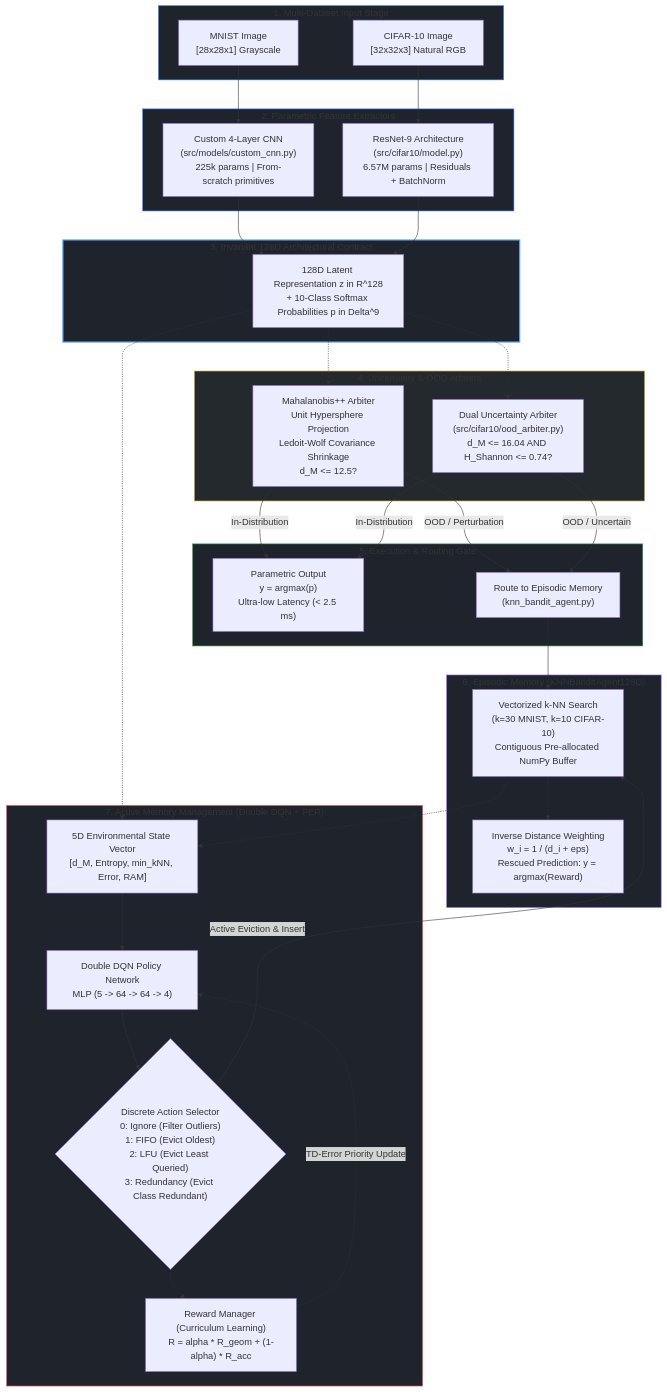
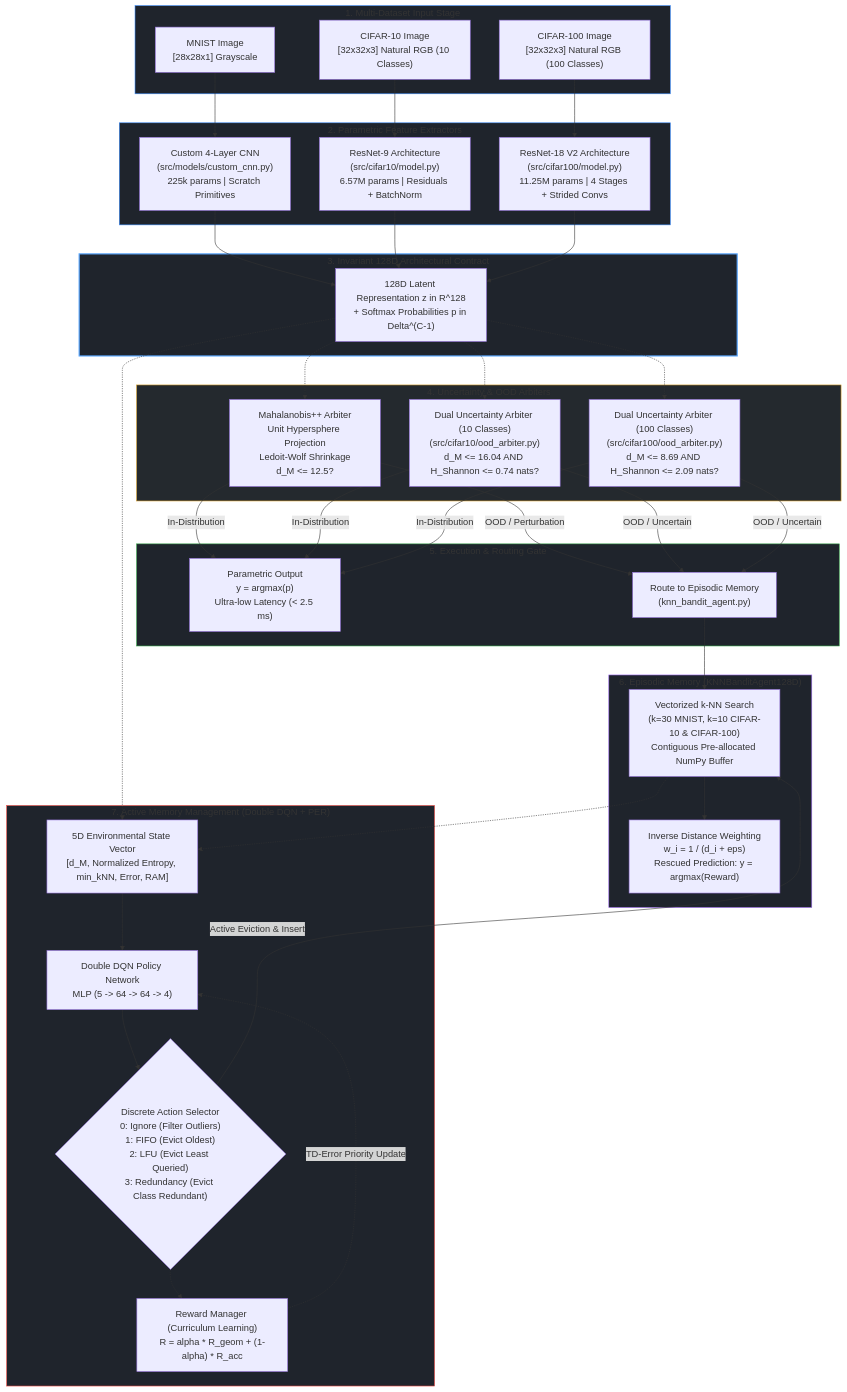
The diagram in docs/architecture/README.md (Santiago-1211173/projeto-cnn), drawn with Mermaid before and after one commit. The commit also changed other lines of this file and 18 other files, not shown here.

Commit message:
docs: add comprehensive documentation and architecture guides for CIFAR-100 implementation

````diff
--- a/docs/architecture/README.md
+++ b/docs/architecture/README.md
@@ -28,64 +30,72 @@
 ```mermaid
 flowchart TD
     subgraph InputStage["1. Multi-Dataset Input Stage"]
         IN_M["MNIST Image<br>[28x28x1] Grayscale"]
-        IN_C["CIFAR-10 Image<br>[32x32x3] Natural RGB"]
+        IN_C["CIFAR-10 Image<br>[32x32x3] Natural RGB (10 Classes)"]
+        IN_C100["CIFAR-100 Image<br>[32x32x3] Natural RGB (100 Classes)"]
     end
 
     subgraph ParametricBackbones["2. Parametric Feature Extractors"]
-        CNN_M["Custom 4-Layer CNN<br>(src/models/custom_cnn.py)<br>225k params | From-scratch primitives"]
+        CNN_M["Custom 4-Layer CNN<br>(src/models/custom_cnn.py)<br>225k params | Scratch Primitives"]
         CNN_C["ResNet-9 Architecture<br>(src/cifar10/model.py)<br>6.57M params | Residuals + BatchNorm"]
+        CNN_C100["ResNet-18 V2 Architecture<br>(src/cifar100/model.py)<br>11.25M params | 4 Stages + Strided Convs"]
         IN_M --> CNN_M
         IN_C --> CNN_C
+        IN_C100 --> CNN_C100
     end
 
     subgraph LatentBottleneck["3. Invariant 128D Architectural Contract"]
-        LATENT["128D Latent Representation z in R^128<br>+ 10-Class Softmax Probabilities p in Delta^9"]
+        LATENT["128D Latent Representation z in R^128<br>+ Softmax Probabilities p in Delta^(C-1)"]
         CNN_M --> LATENT
         CNN_C --> LATENT
+        CNN_C100 --> LATENT
     end
 
     subgraph UncertaintyRouting["4. Uncertainty & OOD Arbiters"]
-        ARB_M["Mahalanobis++ Arbiter<br>Unit Hypersphere Projection<br>Ledoit-Wolf Covariance Shrinkage<br>d_M <= 12.5?"]
-        ARB_C["Dual Uncertainty Arbiter<br>(src/cifar10/ood_arbiter.py)<br>d_M <= 16.04 AND H_Shannon <= 0.74?"]
+        ARB_M["Mahalanobis++ Arbiter<br>Unit Hypersphere Projection<br>Ledoit-Wolf Shrinkage<br>d_M <= 12.5?"]
+        ARB_C["Dual Uncertainty Arbiter (10 Classes)<br>(src/cifar10/ood_arbiter.py)<br>d_M <= 16.04 AND H_Shannon <= 0.74 nats?"]
+        ARB_C100["Dual Uncertainty Arbiter (100 Classes)<br>(src/cifar100/ood_arbiter.py)<br>d_M <= 8.69 AND H_Shannon <= 2.09 nats?"]
         LATENT -.-> ARB_M
         LATENT -.-> ARB_C
+        LATENT -.-> ARB_C100
     end
 
     subgraph DecisionGating["5. Execution & Routing Gate"]
         CNN_PRED["Parametric Output<br>y = argmax(p)<br>Ultra-low Latency (< 2.5 ms)"]
         MEM_ROUTE["Route to Episodic Memory<br>(knn_bandit_agent.py)"]
         ARB_M -->|In-Distribution| CNN_PRED
         ARB_M -->|OOD / Perturbation| MEM_ROUTE
         ARB_C -->|In-Distribution| CNN_PRED
         ARB_C -->|OOD / Uncertain| MEM_ROUTE
+        ARB_C100 -->|In-Distribution| CNN_PRED
+        ARB_C100 -->|OOD / Uncertain| MEM_ROUTE
     end
 
     subgraph EpisodicSubsystem["6. Episodic Memory (KNNBanditAgent128D)"]
-        KNN_SEARCH["Vectorized k-NN Search<br>(k=30 MNIST, k=10 CIFAR-10)<br>Contiguous Pre-allocated NumPy Buffer"]
+        KNN_SEARCH["Vectorized k-NN Search<br>(k=30 MNIST, k=10 CIFAR-10 & CIFAR-100)<br>Contiguous Pre-allocated NumPy Buffer"]
         INV_VOTE["Inverse Distance Weighting<br>w_i = 1 / (d_i + eps)<br>Rescued Prediction: y = argmax(Reward)"]
         MEM_ROUTE --> KNN_SEARCH --> INV_VOTE
     end
 
     subgraph RLActiveManagement["7. Active Memory Management (Double DQN + PER)"]
-        STATE_OBS["5D Environmental State Vector<br>[d_M, Entropy, min_kNN, Error, RAM]"]
+        STATE_OBS["5D Environmental State Vector<br>[d_M, Normalized Entropy, min_kNN, Error, RAM]"]
         RL_NET["Double DQN Policy Network<br>MLP (5 -> 64 -> 64 -> 4)"]
         ACTION_SEL{"Discrete Action Selector<br>0: Ignore (Filter Outliers)<br>1: FIFO (Evict Oldest)<br>2: LFU (Evict Least Queried)<br>3: Redundancy (Evict Class Redundant)"}
         
         CURRICULUM["Reward Manager (Curriculum Learning)<br>R = alpha * R_geom + (1-alpha) * R_acc"]
         
         KNN_SEARCH -.-> STATE_OBS
         LATENT -.-> STATE_OBS
         STATE_OBS --> RL_NET --> ACTION_SEL
         ACTION_SEL -->|Active Eviction & Insert| KNN_SEARCH
         ACTION_SEL -.-> CURRICULUM -.->|TD-Error Priority Update| RL_NET
     end
 
     style InputStage fill:#1f242c,stroke:#388bfd,stroke-width:1px
     style ParametricBackbones fill:#1f242c,stroke:#388bfd,stroke-width:1px
     style LatentBottleneck fill:#1f242c,stroke:#58a6ff,stroke-width:2px
     style UncertaintyRouting fill:#24292e,stroke:#d29922,stroke-width:1px
     style DecisionGating fill:#1f242c,stroke:#2ea043,stroke-width:1px
     style EpisodicSubsystem fill:#1f242c,stroke:#a371f7,stroke-width:1px
     style RLActiveManagement fill:#1f242c,stroke:#f85149,stroke-width:1px
 ```
````
